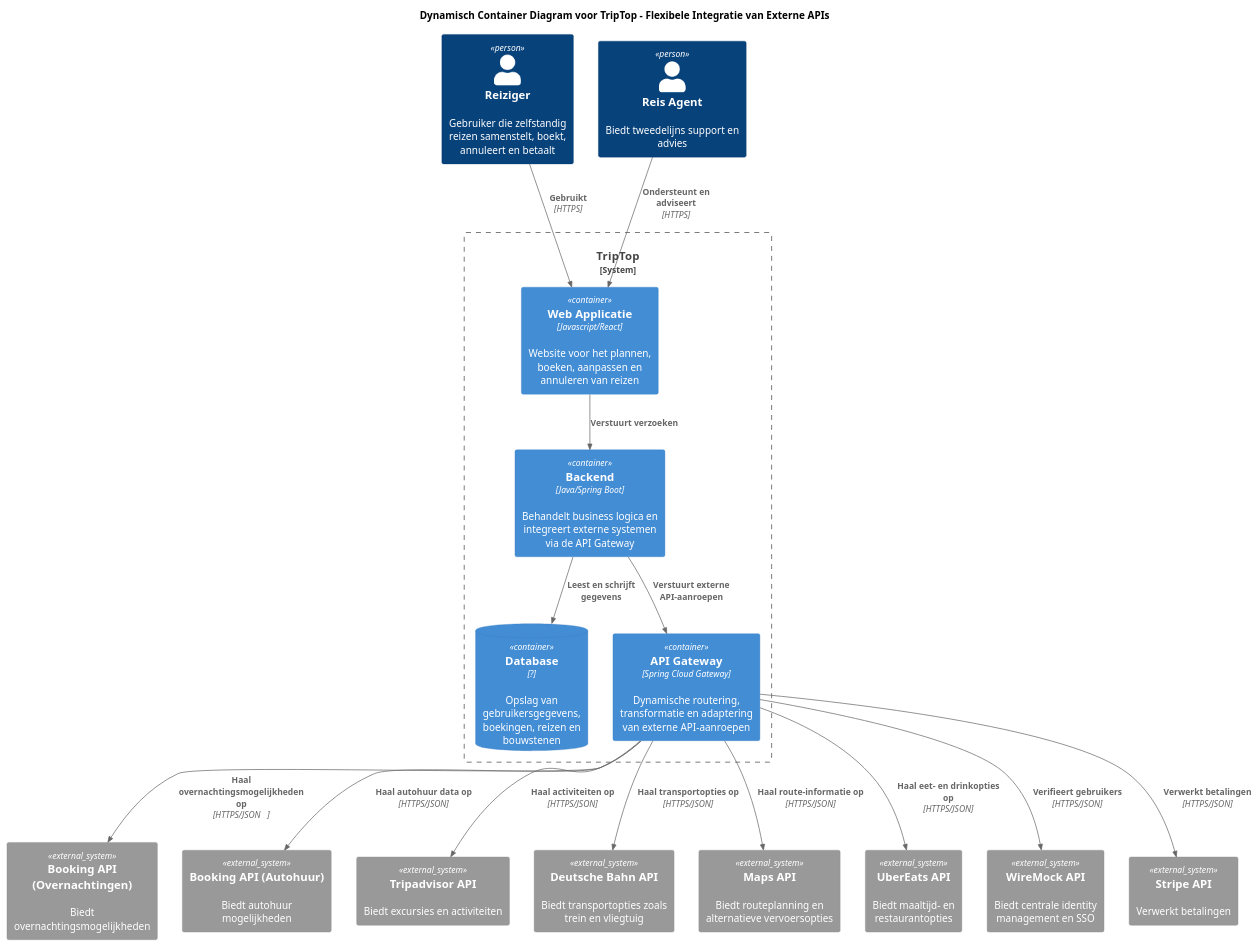
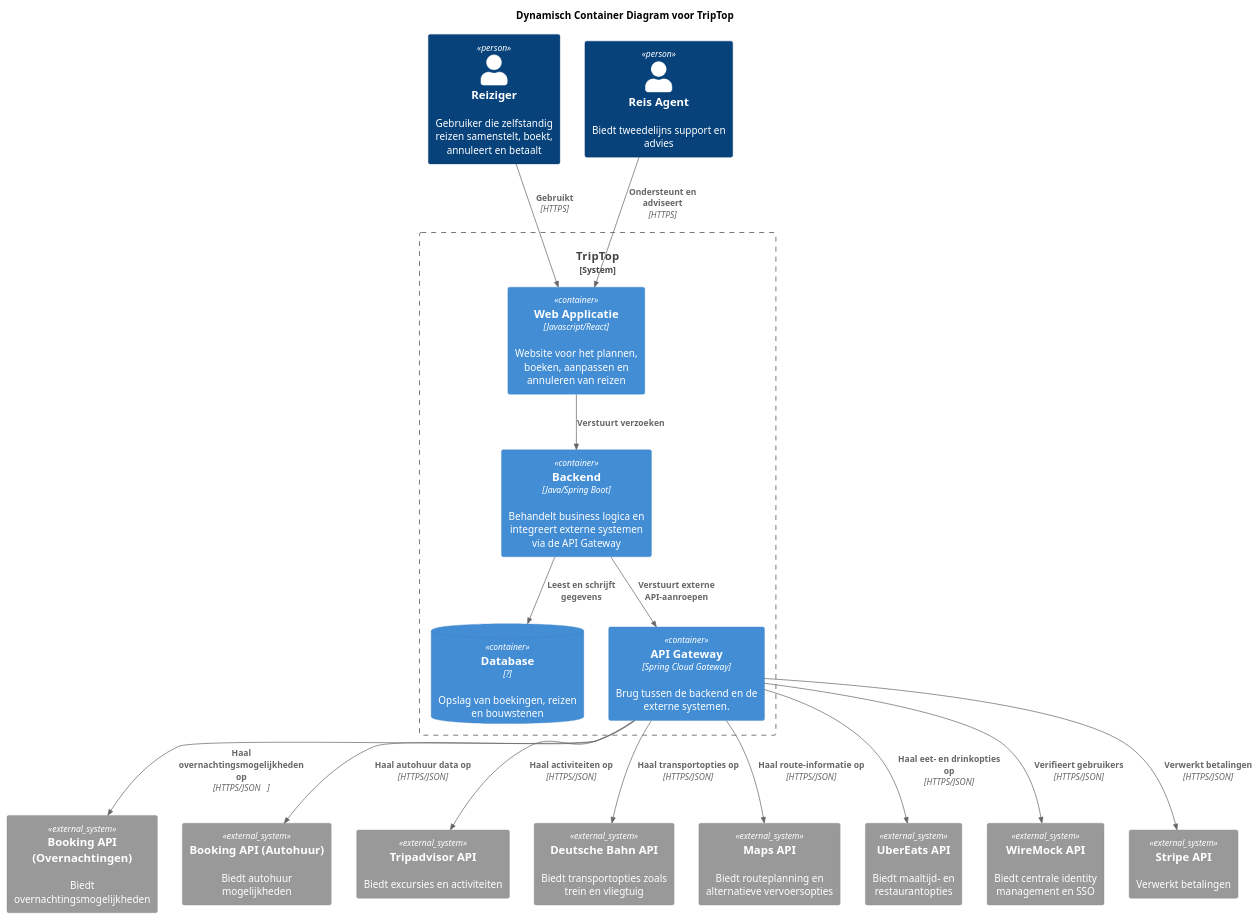
The diagram in software-guidebook/container-diagrammen/container-ahmed.puml (AIM-ENE-feb25/triptop-asas), drawn with PlantUML before and after one commit.

Commit message:
verduidelijking

```diff
--- a/software-guidebook/container-diagrammen/container-ahmed.puml
+++ b/software-guidebook/container-diagrammen/container-ahmed.puml
@@ -1,42 +1,42 @@
 @startuml
 !include https://raw.githubusercontent.com/plantuml-stdlib/C4-PlantUML/master/C4_Container.puml
-title Dynamisch Container Diagram voor TripTop – Flexibele Integratie van Externe APIs
+title Dynamisch Container Diagram voor TripTop
 
 Person(reiziger, "Reiziger", "Gebruiker die zelfstandig reizen samenstelt, boekt, annuleert en betaalt")
 Person(ondersteuner, "Reis Agent", "Biedt tweedelijns support en advies")
 
 System_Boundary(triptop, "TripTop") {
     Container(webApp, "Web Applicatie", "Javascript/React", "Website voor het plannen, boeken, aanpassen en annuleren van reizen")
     Container(api, "Backend", "Java/Spring Boot", "Behandelt business logica en integreert externe systemen via de API Gateway")
-    ContainerDb(db, "Database", "?", "Opslag van gebruikersgegevens, boekingen, reizen en bouwstenen")
-    Container(apiGateway, "API Gateway", "Spring Cloud Gateway", "Dynamische routering, transformatie en adaptering van externe API-aanroepen")
+    ContainerDb(db, "Database", "?", "Opslag van boekingen, reizen en bouwstenen")
+    Container(apiGateway, "API Gateway", "Spring Cloud Gateway", "Brug tussen de backend en de externe systemen.")
 }
 
 System_Ext(overnachtingen, "Booking API (Overnachtingen)", "Biedt overnachtingsmogelijkheden")
 System_Ext(autohuur, "Booking API (Autohuur)", "Biedt autohuur mogelijkheden")
 System_Ext(activiteiten, "Tripadvisor API", "Biedt excursies en activiteiten")
 System_Ext(vervoer1, "Deutsche Bahn API", "Biedt transportopties zoals trein en vliegtuig")
 System_Ext(vervoer2, "Maps API", "Biedt routeplanning en alternatieve vervoersopties")
 System_Ext(eten, "UberEats API", "Biedt maaltijd- en restaurantopties")
 System_Ext(identity, "WireMock API", "Biedt centrale identity management en SSO")
 System_Ext(payment, "Stripe API", "Verwerkt betalingen")
 
 Rel(reiziger, webApp, "Gebruikt", "HTTPS")
 Rel(ondersteuner, webApp, "Ondersteunt en adviseert", "HTTPS")
 
 Rel(webApp, api, "Verstuurt verzoeken", "")
 Rel(api, db, "Leest en schrijft gegevens", "")
 Rel(api, apiGateway, "Verstuurt externe API-aanroepen", "")
 
 Rel(apiGateway, overnachtingen, "Haal overnachtingsmogelijkheden op", "HTTPS/JSON   ")
 Rel(apiGateway, autohuur, "Haal autohuur data op", "HTTPS/JSON")
 Rel(apiGateway, activiteiten, "Haal activiteiten op", "HTTPS/JSON")
 Rel(apiGateway, vervoer1, "Haal transportopties op", "HTTPS/JSON")
 Rel(apiGateway, vervoer2, "Haal route-informatie op", "HTTPS/JSON")
 Rel(apiGateway, eten, "Haal eet- en drinkopties op", "HTTPS/JSON")
 Rel(apiGateway, identity, "Verifieert gebruikers", "HTTPS/JSON")
 Rel(apiGateway, payment, "Verwerkt betalingen", "HTTPS/JSON")
 
 
 
 @enduml
```
